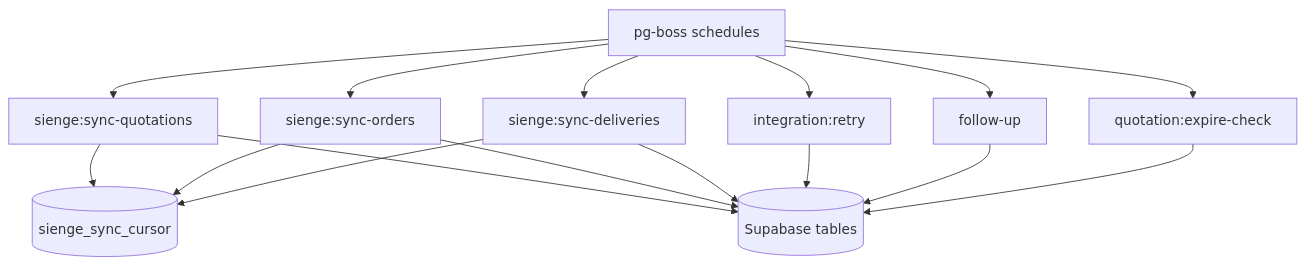
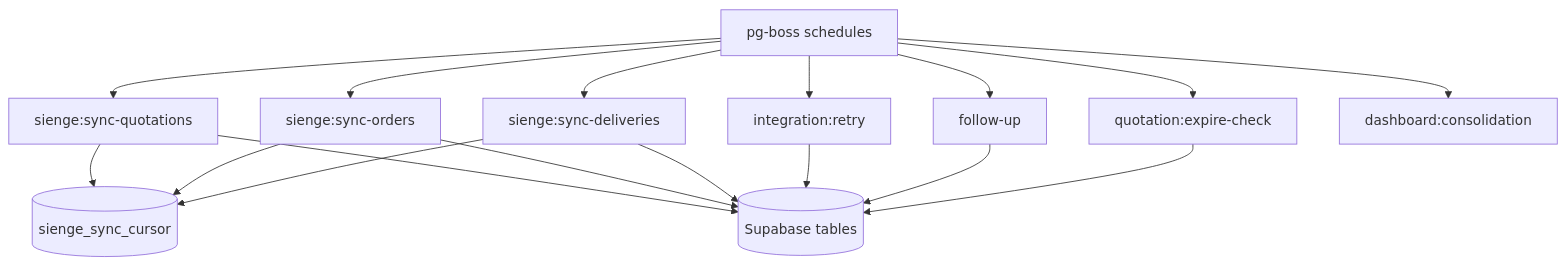
Before and after one commit to colatto/projetoG: the fourth of 5 diagrams in docs/architecture.md, drawn with Mermaid. The commit also changed other lines of this file and 24 other files, not shown here.

````diff
--- a/docs/architecture.md
+++ b/docs/architecture.md
@@ -90,20 +90,21 @@
 ```mermaid
 flowchart TD
     C[pg-boss schedules] --> SQ[sienge:sync-quotations]
     C --> SO[sienge:sync-orders]
     C --> SD[sienge:sync-deliveries]
     C --> RI[integration:retry]
     C --> FU[follow-up]
     C --> QE[quotation:expire-check]
+    C --> DC[dashboard:consolidation]
 
     SQ --> SC[(sienge_sync_cursor)]
     SO --> SC
     SD --> SC
 
     SQ --> DB[(Supabase tables)]
     SO --> DB
     SD --> DB
     RI --> DB
     FU --> DB
     QE --> DB
 ```
````
